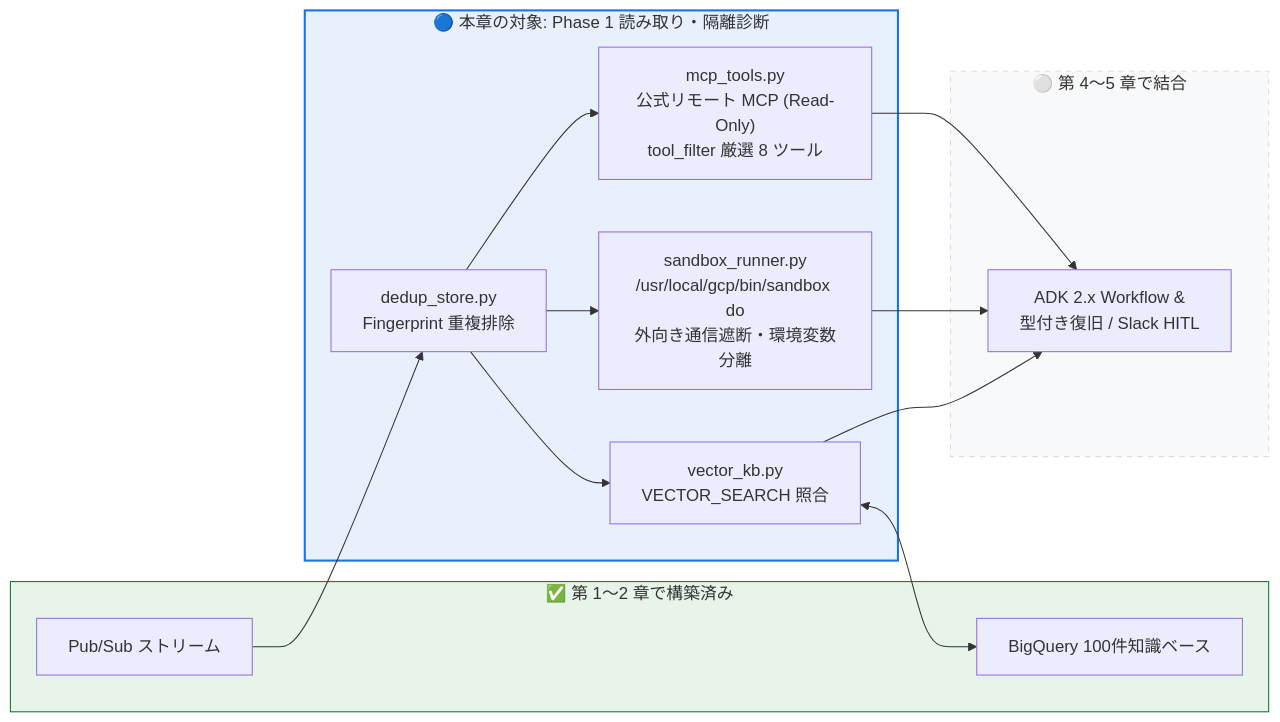
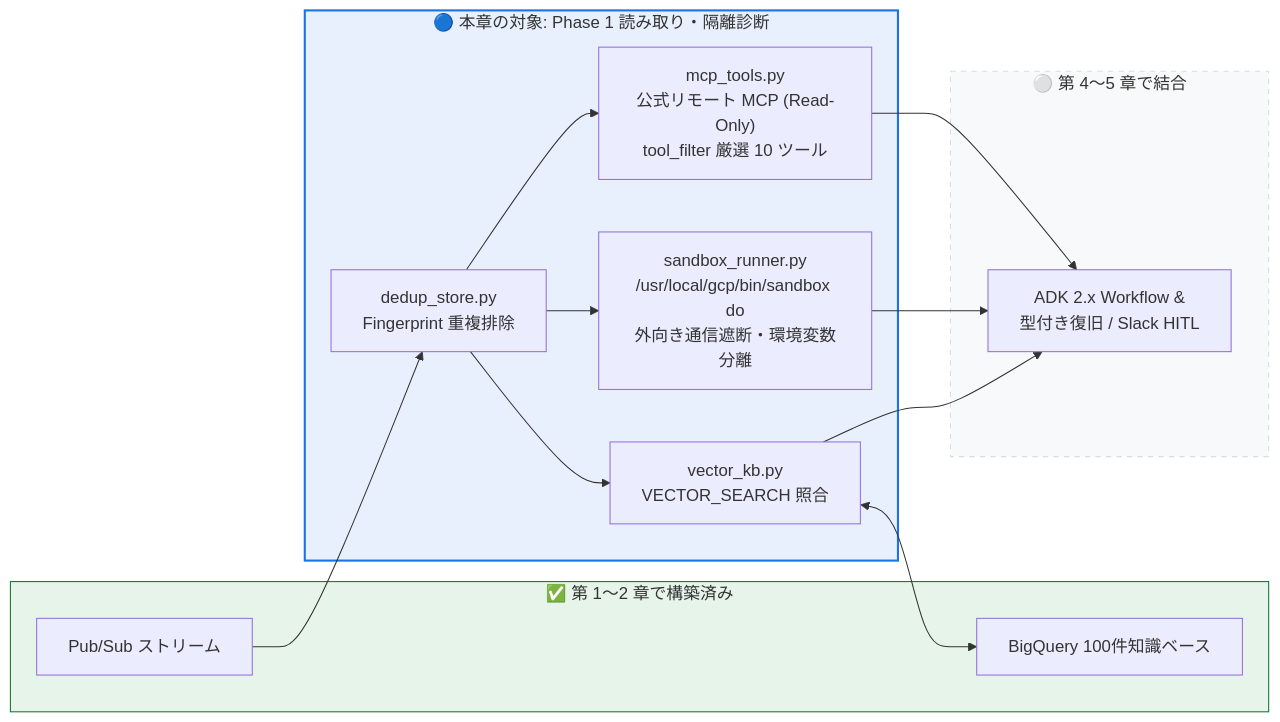
Before and after one commit to tyorikan/agentic-sre-handson: the first of 2 diagrams in docs/03-diagnostic-agent-and-sandbox.md, drawn with Mermaid. The commit also changed other lines of this file and 25 other files, not shown here.

````diff
--- a/docs/03-diagnostic-agent-and-sandbox.md
+++ b/docs/03-diagnostic-agent-and-sandbox.md
@@ -12,25 +12,25 @@
 ```mermaid
 flowchart LR
     subgraph Prev["✅ 第 1〜2 章で構築済み"]
         PS["Pub/Sub ストリーム"]
         BQ["BigQuery 100件知識ベース"]
     end
 
     subgraph Now["🔵 本章の対象: Phase 1 読み取り・隔離診断"]
         Dedup["dedup_store.py<br/>Fingerprint 重複排除"]
-        MCP["mcp_tools.py<br/>公式リモート MCP (Read-Only)<br/>tool_filter 厳選 8 ツール"]
+        MCP["mcp_tools.py<br/>公式リモート MCP (Read-Only)<br/>tool_filter 厳選 10 ツール"]
         Sandbox["sandbox_runner.py<br/>/usr/local/gcp/bin/sandbox do<br/>外向き通信遮断・環境変数分離"]
         Vec["vector_kb.py<br/>VECTOR_SEARCH 照合"]
     end
 
     subgraph Next["⚪ 第 4〜5 章で結合"]
         WF["ADK 2.x Workflow &<br/>型付き復旧 / Slack HITL"]
     end
 
     PS --> Dedup --> MCP & Sandbox & Vec --> WF
     Vec <--> BQ
 
     style Prev fill:#e6f4ea,stroke:#137333
     style Now fill:#e8f0fe,stroke:#1a73e8,stroke-width:2px
     style Next fill:#f8f9fa,stroke:#dadce0,stroke-dasharray: 5 5
 ```
````
